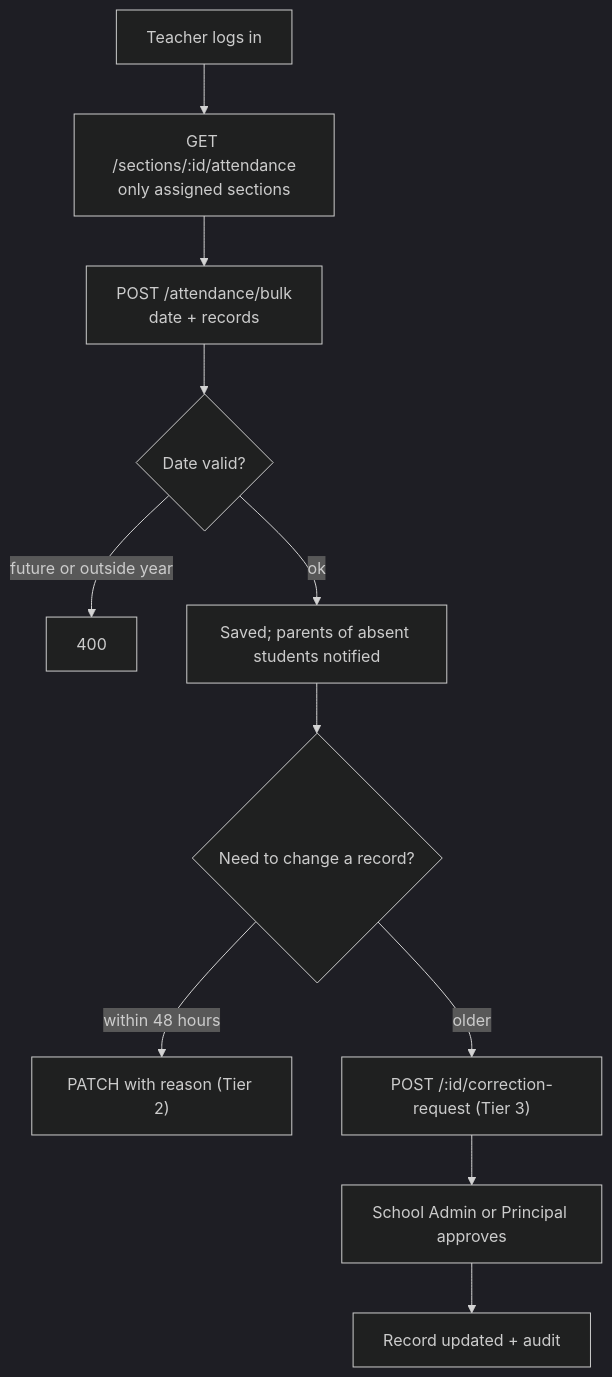
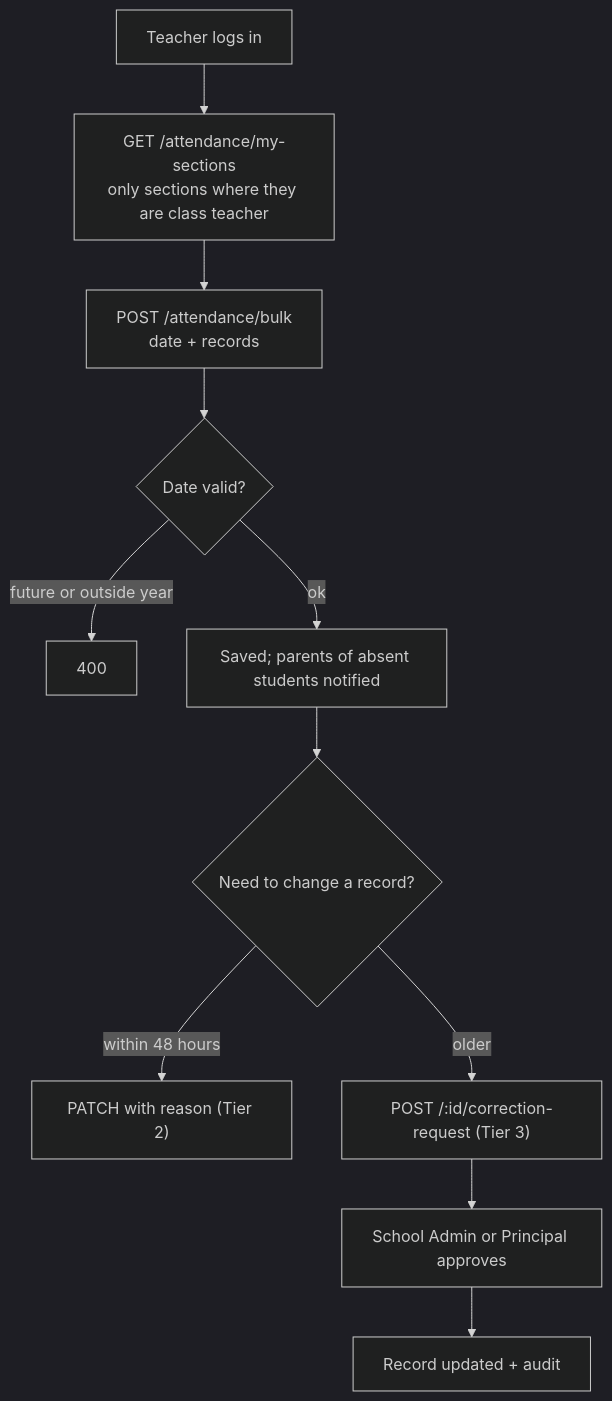
The fifth of 10 diagrams in docs/role-scenarios.md (DhanaSekhar-0-1/ERP_System), drawn with Mermaid (dark theme) before and after one commit. The commit also changed other lines of this file and 2 other files, not shown here.

````diff
--- a/docs/role-scenarios.md
+++ b/docs/role-scenarios.md
@@ -211,12 +223,12 @@
 ```mermaid
 flowchart TD
-  A[Teacher logs in] --> B["GET /sections/:id/attendance<br/>only assigned sections"]
+  A[Teacher logs in] --> B["GET /attendance/my-sections<br/>only sections where they are class teacher"]
   B --> C["POST /attendance/bulk<br/>date + records"]
   C --> D{Date valid?}
   D -- future or outside year --> X[400]
   D -- ok --> E[Saved; parents of absent students notified]
   E --> F{Need to change a record?}
   F -- within 48 hours --> G["PATCH with reason (Tier 2)"]
   F -- older --> H["POST /:id/correction-request (Tier 3)"]
   H --> I[School Admin or Principal approves] --> J[Record updated + audit]
 ```
````
